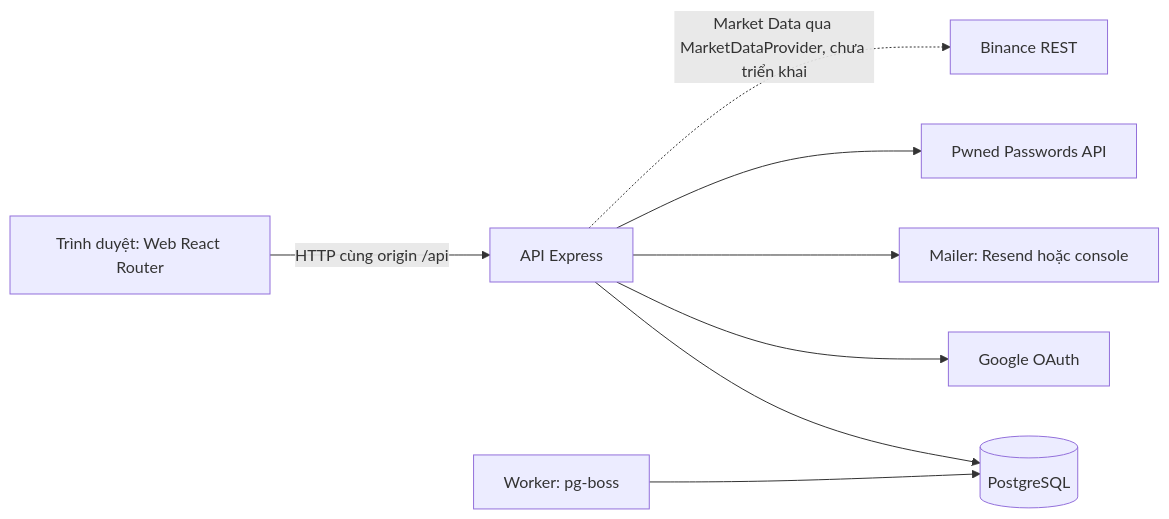
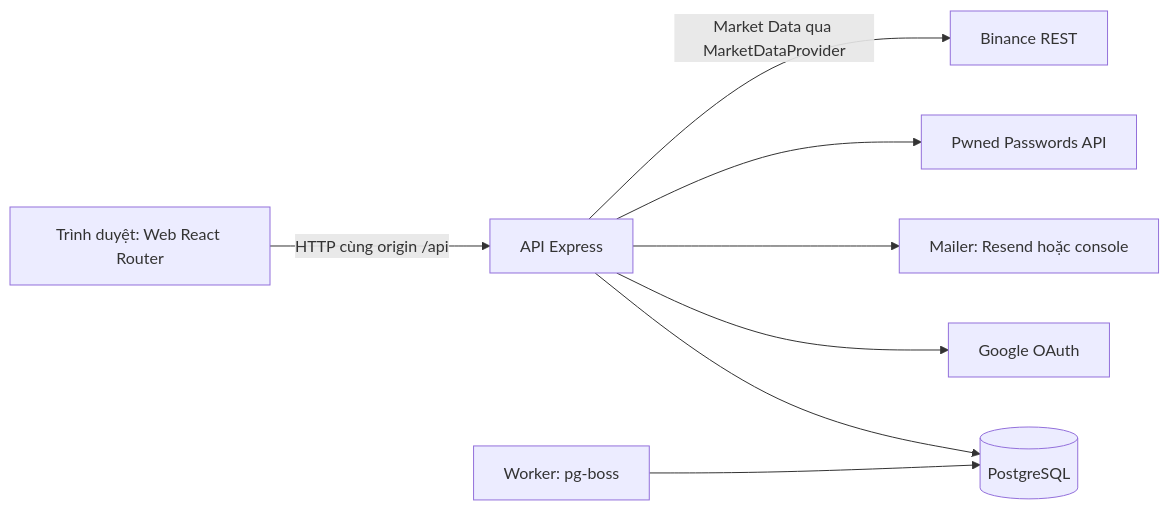
One commit to BuhDuy256/crypto-force changed the second of 2 diagrams in docs/architecture/00-system.md. Above: the diagram before and after it, drawn with Mermaid. The commit also changed other lines of this file and 10 other files, not shown here.

First line of the commit message:
docs: chốt tài liệu REST tải lịch sử Market Data

````diff
--- a/docs/architecture/00-system.md
+++ b/docs/architecture/00-system.md
@@ -29,10 +29,10 @@
 ```mermaid
 flowchart LR
     B[Trình duyệt: Web React Router] -- HTTP cùng origin /api --> A[API Express]
     A --> D[(PostgreSQL)]
     A --> G[Google OAuth]
     A --> R[Mailer: Resend hoặc console]
     A --> P[Pwned Passwords API]
     W[Worker: pg-boss] --> D
-    A -. Market Data qua MarketDataProvider, chưa triển khai .-> BI[Binance REST]
+    A -- Market Data qua MarketDataProvider --> BI[Binance REST]
 ```
````
